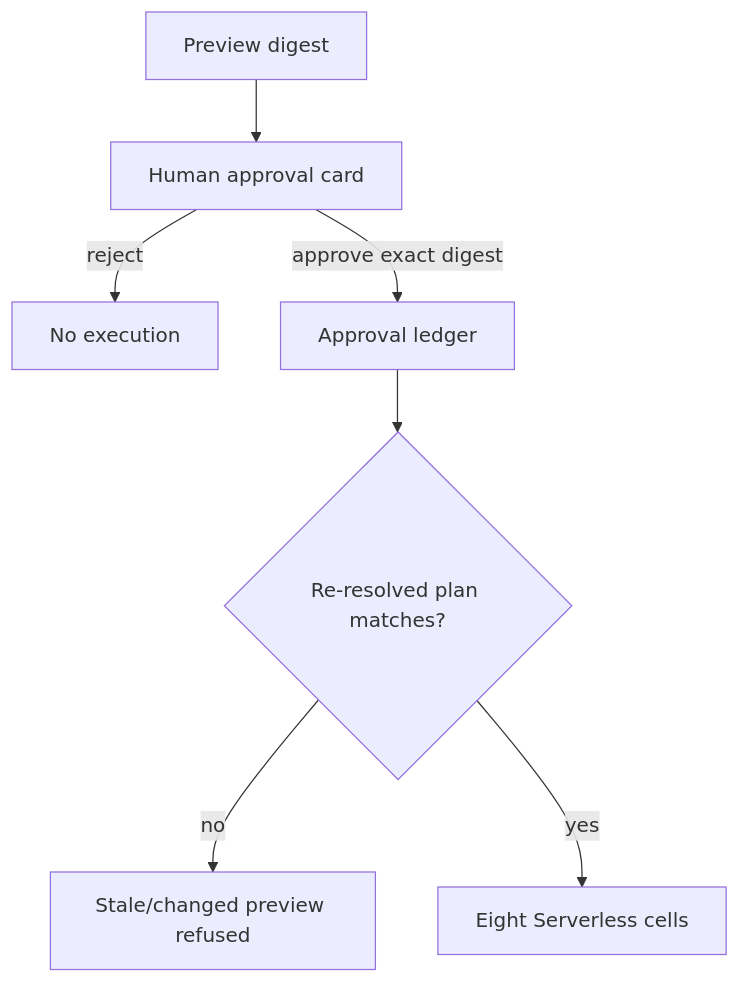
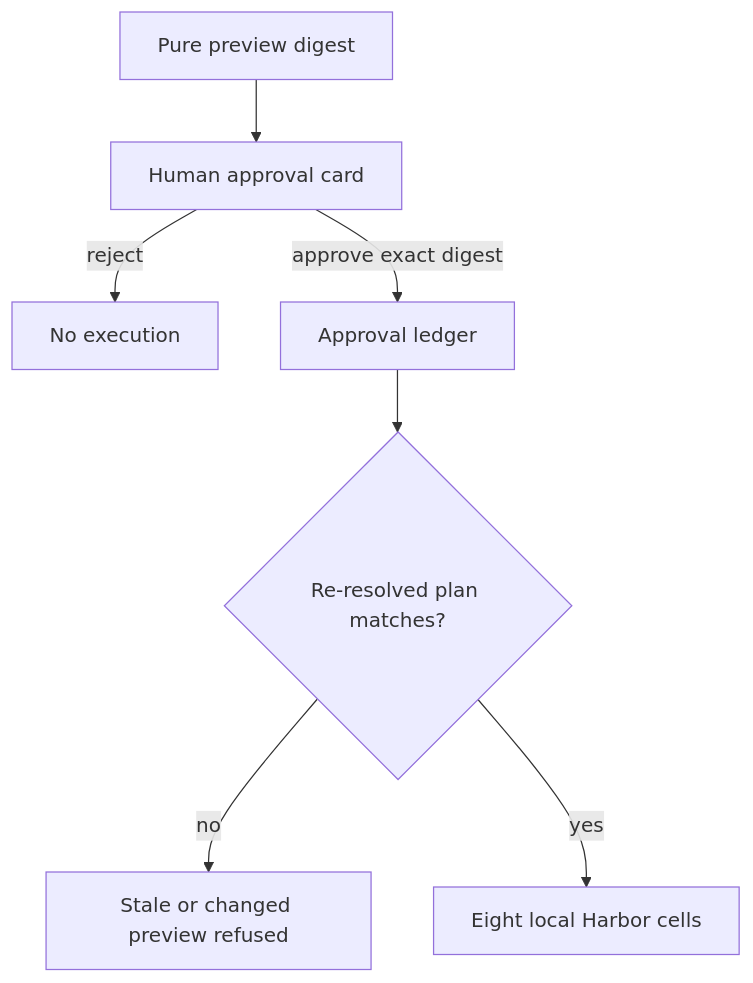
Before and after one commit to ash0ts/fugue: the second of 3 diagrams in docs/articles/fugue-agentic-software-factory/fugue-4b-trace-to-release-decision/article.md, drawn with Mermaid. The commit also changed other lines of this file and 104 other files, not shown here.

````diff
--- a/docs/articles/fugue-agentic-software-factory/fugue-4b-trace-to-release-decision/article.md
+++ b/docs/articles/fugue-agentic-software-factory/fugue-4b-trace-to-release-decision/article.md
@@ -170,9 +194,9 @@
 ```mermaid
 flowchart TD
-    P["Preview digest"] --> CARD["Human approval card"]
+    P["Pure preview digest"] --> CARD["Human approval card"]
     CARD -->|reject| STOP["No execution"]
     CARD -->|approve exact digest| LEDGER["Approval ledger"]
     LEDGER --> ADMIT{"Re-resolved plan matches?"}
-    ADMIT -->|no| REFUSE["Stale/changed preview refused"]
-    ADMIT -->|yes| RUN["Eight Serverless cells"]
+    ADMIT -->|no| REFUSE["Stale or changed preview refused"]
+    ADMIT -->|yes| RUN["Eight local Harbor cells"]
 ```
````
